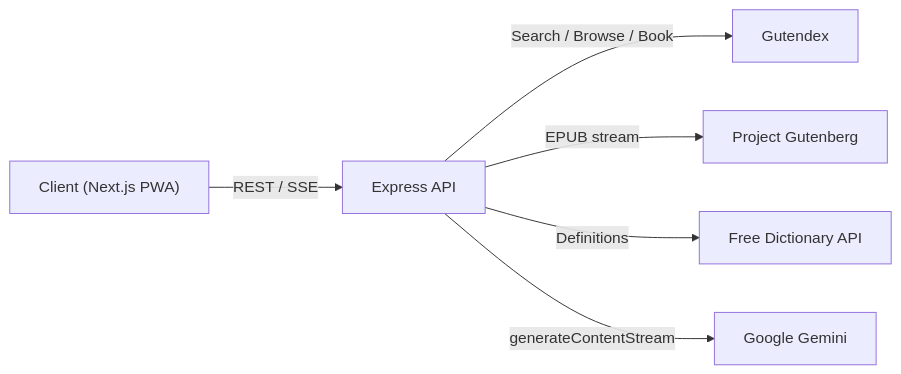
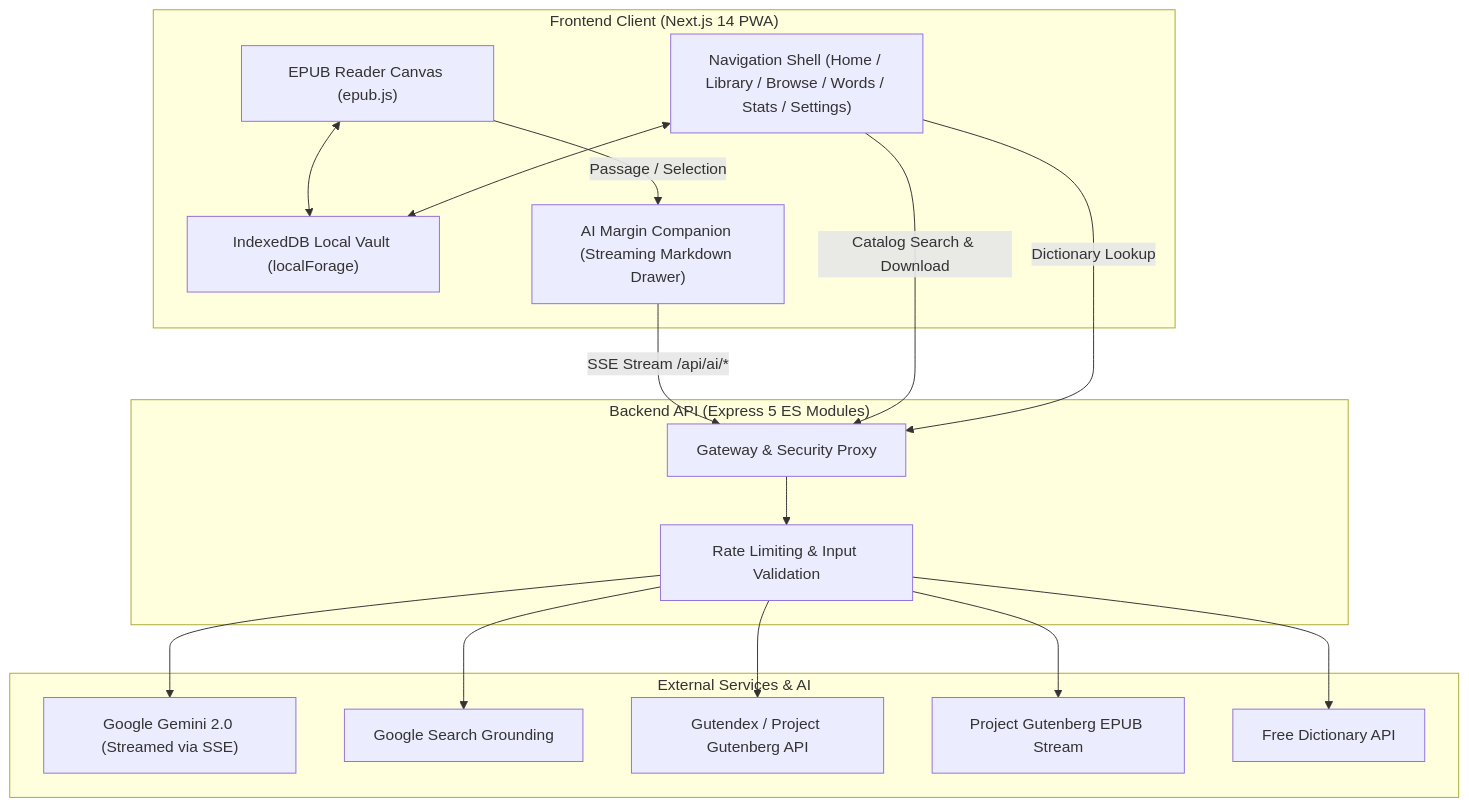
The diagram in README.md (ekanshs25160-bit/e-reader), drawn with Mermaid before and after one commit. The commit also changed other lines of this file, not shown here.

Commit message:
docs: rewrite README to reflect Flyleaf project architecture and features

````diff
--- a/README.md
+++ b/README.md
@@ -33,8 +13,36 @@
 ```mermaid
-flowchart LR
-    Client["Client (Next.js PWA)"] -->|REST / SSE| API["Express API"]
-    API -->|Search / Browse / Book| Gutendex["Gutendex"]
-    API -->|EPUB stream| Gutenberg["Project Gutenberg"]
-    API -->|Definitions| Dict["Free Dictionary API"]
-    API -->|generateContentStream| Gemini["Google Gemini"]
+flowchart TD
+    subgraph Client["Frontend Client (Next.js 14 PWA)"]
+        Reader["EPUB Reader Canvas (epub.js)"]
+        Vault["IndexedDB Local Vault (localForage)"]
+        Shell["Navigation Shell (Home / Library / Browse / Words / Stats / Settings)"]
+        AiUI["AI Margin Companion (Streaming Markdown Drawer)"]
+    end
+
+    subgraph Backend["Backend API (Express 5 ES Modules)"]
+        API["Gateway & Security Proxy"]
+        RateLimit["Rate Limiting & Input Validation"]
+    end
+
+    subgraph External["External Services & AI"]
+        Gemini["Google Gemini 2.0 (Streamed via SSE)"]
+        SearchGround["Google Search Grounding"]
+        Gutendex["Gutendex / Project Gutenberg API"]
+        GutenbergBlob["Project Gutenberg EPUB Stream"]
+        Dictionary["Free Dictionary API"]
+    end
+
+    Reader <--> Vault
+    Shell <--> Vault
+    Reader -->|Passage / Selection| AiUI
+    AiUI -->|SSE Stream /api/ai/*| API
+    Shell -->|Catalog Search & Download| API
+    Shell -->|Dictionary Lookup| API
+
+    API --> RateLimit
+    RateLimit --> Gemini
+    RateLimit --> SearchGround
+    RateLimit --> Gutendex
+    RateLimit --> GutenbergBlob
+    RateLimit --> Dictionary
 ```
````
